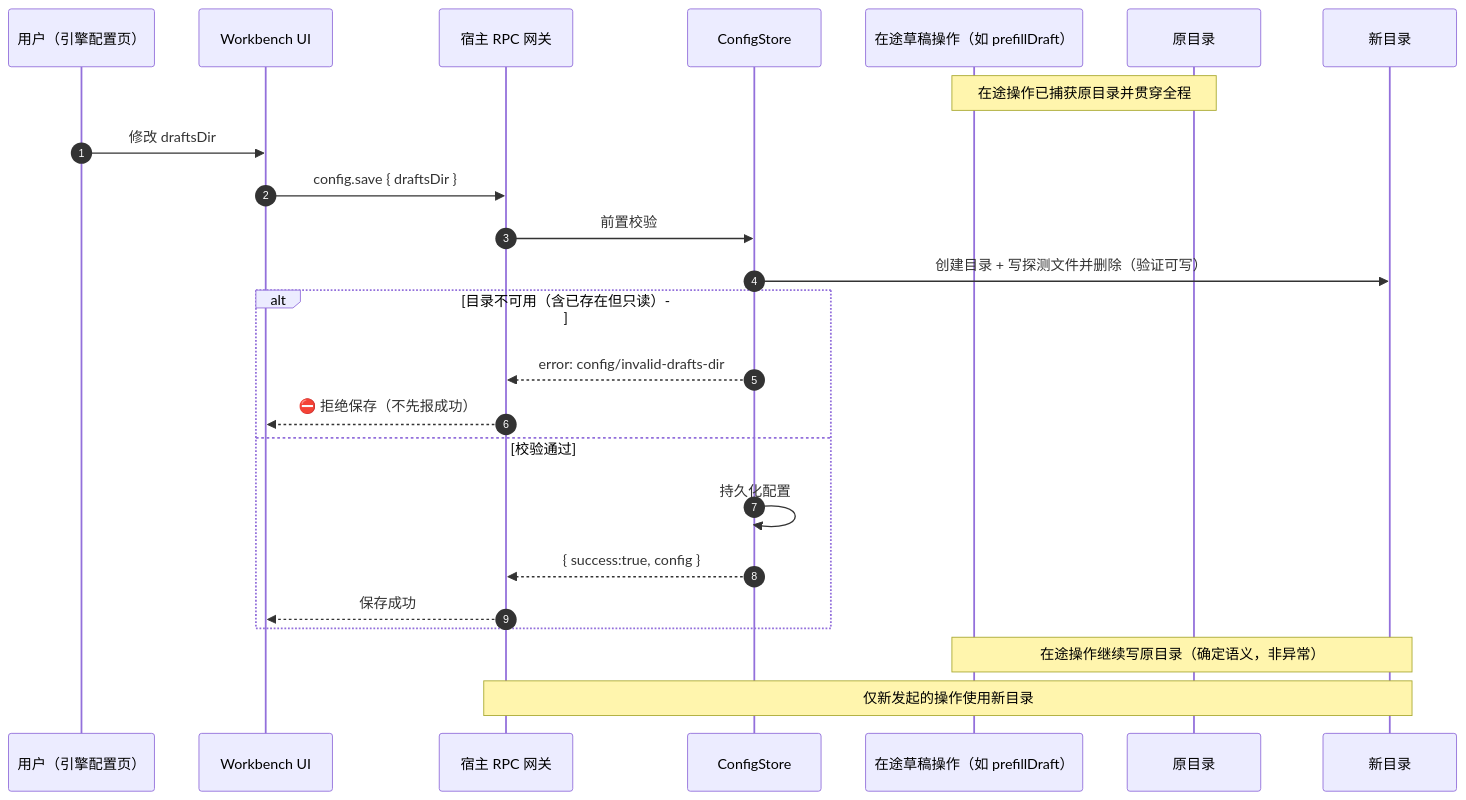
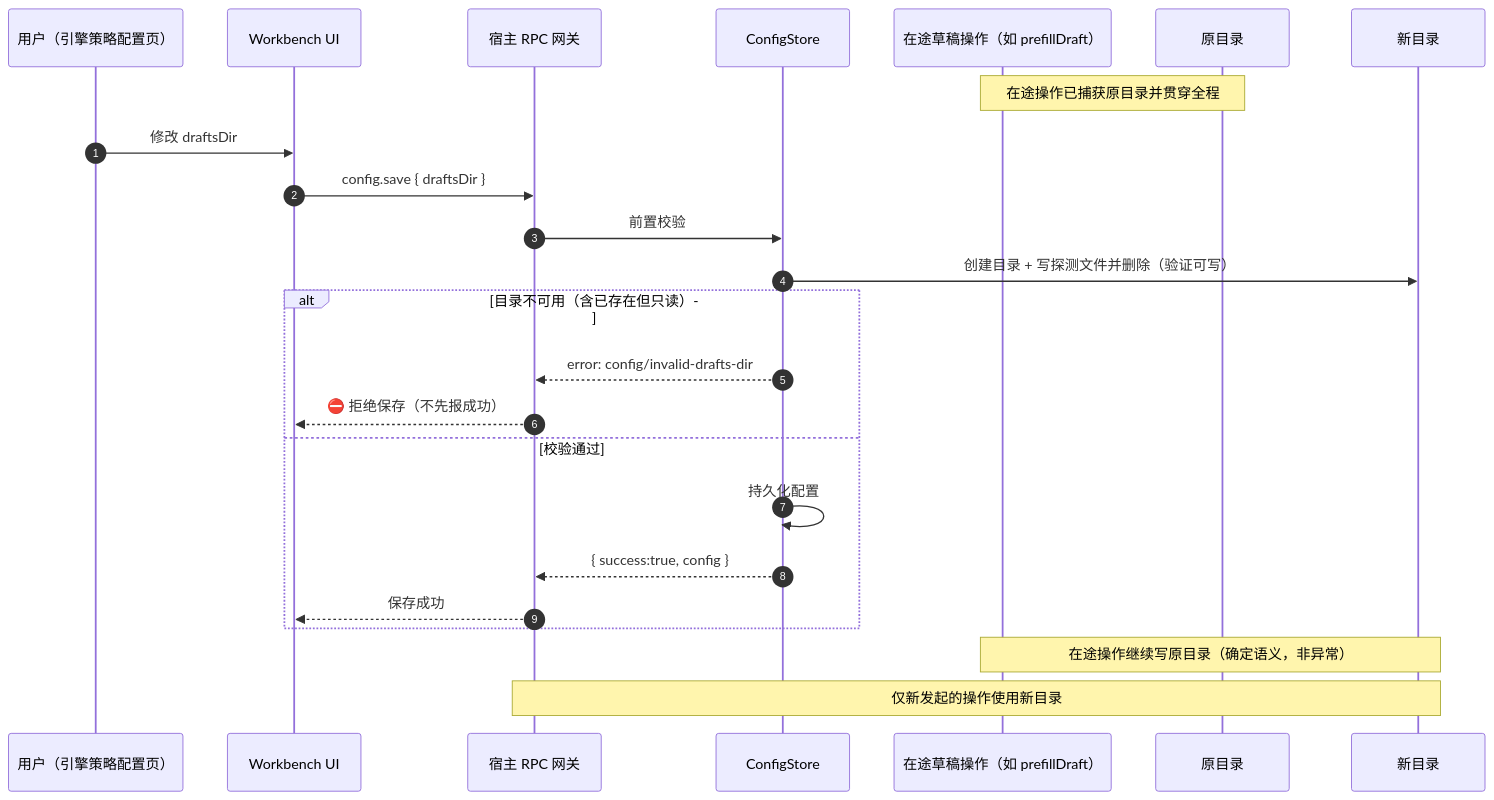
The eighth of 10 diagrams in .context/architecture/runtime_view.md (InJoysAI/dsh-growth-studio), drawn with Mermaid before and after one commit. The commit also changed other lines of this file and 14 other files, not shown here.

````diff
--- a/.context/architecture/runtime_view.md
+++ b/.context/architecture/runtime_view.md
@@ -341,27 +341,27 @@
 ```mermaid
 sequenceDiagram
     autonumber
-    participant U as 用户（引擎配置页）
+    participant U as 用户（引擎策略配置页）
     participant WB as Workbench UI
     participant RPC as 宿主 RPC 网关
     participant CS as ConfigStore
     participant Op as 在途草稿操作（如 prefillDraft）
     participant Old as 原目录
     participant New as 新目录
 
     Note over Op,Old: 在途操作已捕获原目录并贯穿全程
     U->>WB: 修改 draftsDir
     WB->>RPC: config.save { draftsDir }
     RPC->>CS: 前置校验
     CS->>New: 创建目录 + 写探测文件并删除（验证可写）
     alt 目录不可用（含已存在但只读）
         CS-->>RPC: error: config/invalid-drafts-dir
         RPC-->>WB: ⛔ 拒绝保存（不先报成功）
     else 校验通过
         CS->>CS: 持久化配置
         CS-->>RPC: { success:true, config }
         RPC-->>WB: 保存成功
     end
     Note over Op,New: 在途操作继续写原目录（确定语义，非异常）
     Note over RPC,New: 仅新发起的操作使用新目录
 ```
````
